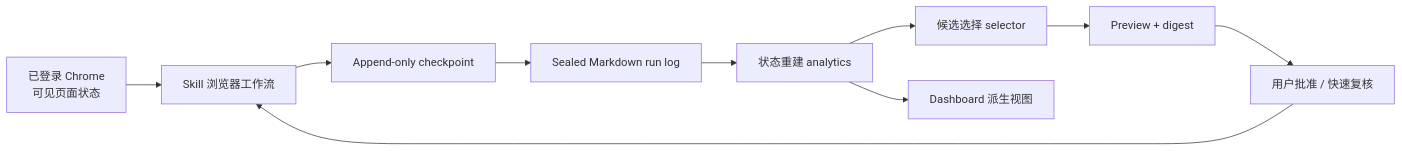
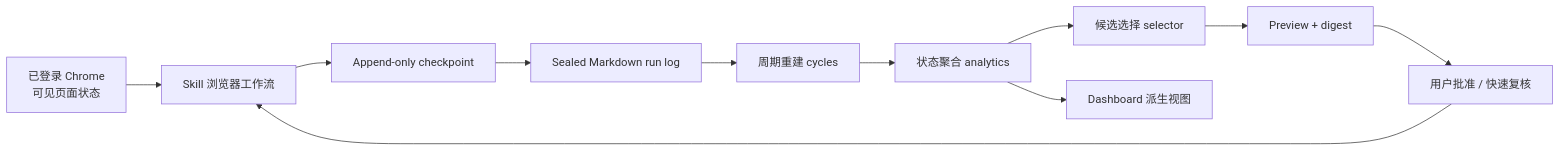
One commit to wangmiki32-a/PressZan changed the diagram in docs/architecture.md. Above: the diagram before and after it, drawn with Mermaid. The commit also changed other lines of this file and 11 other files, not shown here.

````diff
--- a/docs/architecture.md
+++ b/docs/architecture.md
@@ -11,12 +11,13 @@
 ```mermaid
 flowchart LR
     B["已登录 Chrome\n可见页面状态"] --> W["Skill 浏览器工作流"]
     W --> C["Append-only checkpoint"]
     C --> L["Sealed Markdown run log"]
-    L --> R["状态重建 analytics"]
+    L --> Y["周期重建 cycles"]
+    Y --> R["状态聚合 analytics"]
     R --> S["候选选择 selector"]
     R --> D["Dashboard 派生视图"]
     S --> P["Preview + digest"]
     P --> A["用户批准 / 快速复核"]
     A --> W
 ```
````
